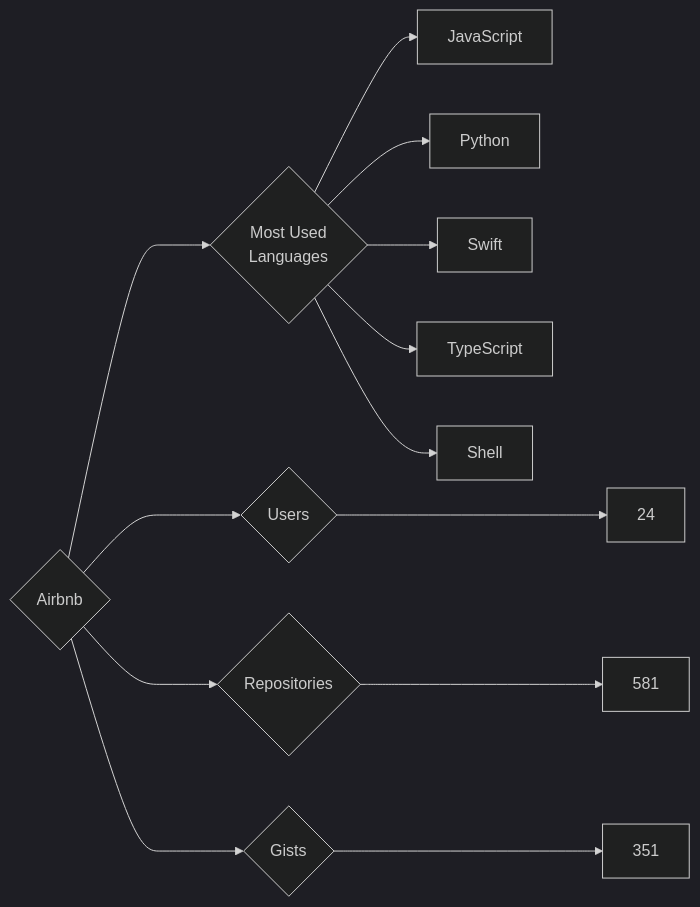
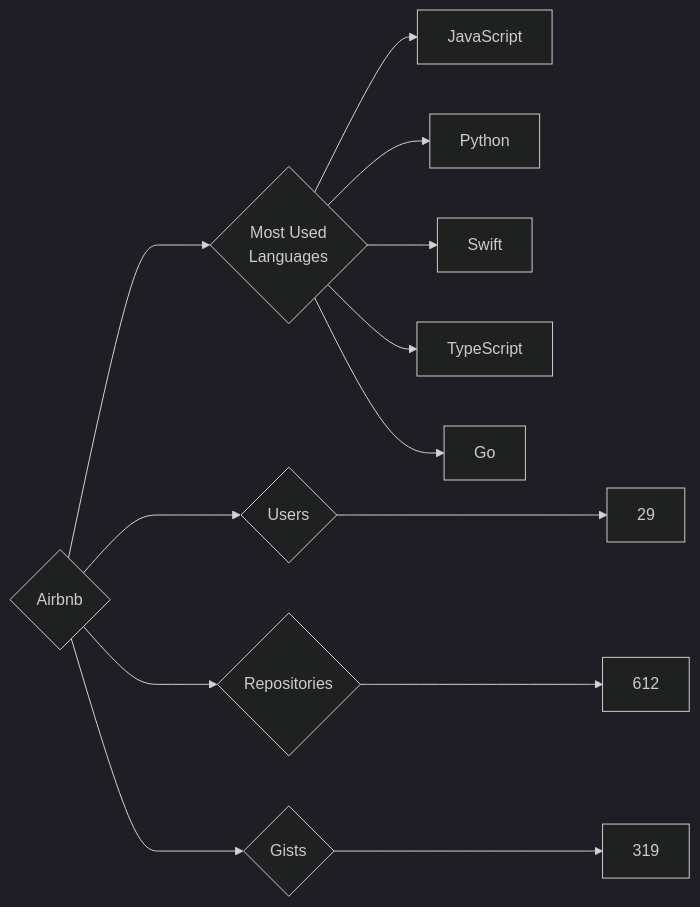
The diagram in targets/Airbnb/README.md (trickest/insiders), drawn with Mermaid (dark theme) before and after one commit. The commit also changed 1195 other files, not shown here.

````diff
--- a/targets/Airbnb/README.md
+++ b/targets/Airbnb/README.md
@@ -3,13 +3,13 @@
 ```mermaid
 graph LR
 COMPANY_NAME{Airbnb}
-COMPANY_NAME ---> U{Users} ---> UN[24]
-COMPANY_NAME ---> R{Repositories} ---> RN[581]
-COMPANY_NAME ---> G{Gists} ---> GN[351]
+COMPANY_NAME ---> U{Users} ---> UN[29]
+COMPANY_NAME ---> R{Repositories} ---> RN[612]
+COMPANY_NAME ---> G{Gists} ---> GN[319]
 COMPANY_NAME ---> ML{Most Used<br>Languages}
 ML --> JavaScript[JavaScript]
 ML --> Python[Python]
 ML --> Swift[Swift]
 ML --> TypeScript[TypeScript]
-ML --> Shell[Shell]
+ML --> Go[Go]
 ```
````
